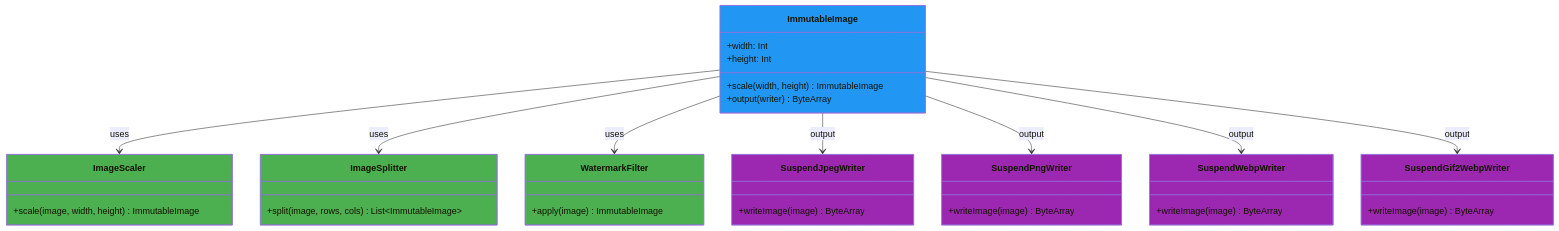
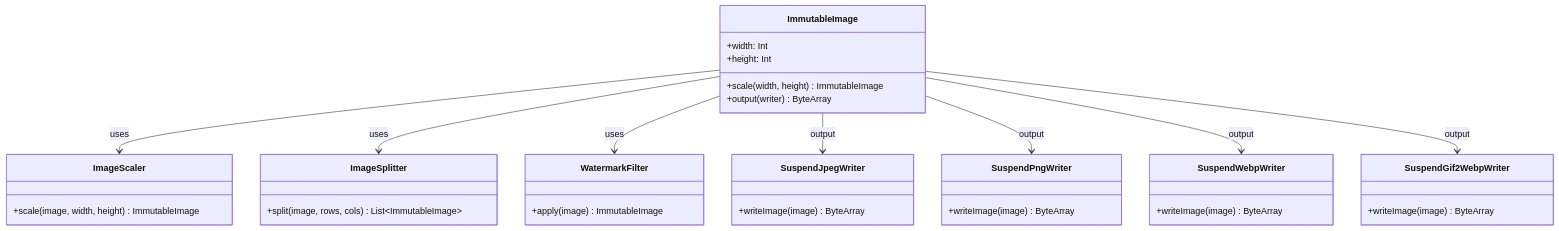
One commit to bluetape4k/bluetape4k-projects changed the second of 2 diagrams in utils/images/README.md. Above: the diagram before and after it, drawn with Mermaid. The commit also changed 95 other files, not shown here.

First line of the commit message:
docs: Mermaid 파서 오류 전체 수정 (IntelliJ IDEA 호환)

````diff
--- a/utils/images/README.md
+++ b/utils/images/README.md
@@ -54,42 +54,39 @@
 ```mermaid
 classDiagram
-    class ImmutableImage:::utilStyle {
+    class ImmutableImage {
         +width: Int
         +height: Int
         +scale(width, height) ImmutableImage
         +output(writer) ByteArray
     }
-    class ImageScaler:::serviceStyle {
+    class ImageScaler {
         +scale(image, width, height) ImmutableImage
     }
-    class ImageSplitter:::serviceStyle {
+    class ImageSplitter {
         +split(image, rows, cols) List~ImmutableImage~
     }
-    class WatermarkFilter:::serviceStyle {
+    class WatermarkFilter {
         +apply(image) ImmutableImage
     }
-    class SuspendJpegWriter:::asyncStyle {
+    class SuspendJpegWriter {
         +writeImage(image) ByteArray
     }
-    class SuspendPngWriter:::asyncStyle {
+    class SuspendPngWriter {
         +writeImage(image) ByteArray
     }
-    class SuspendWebpWriter:::asyncStyle {
+    class SuspendWebpWriter {
         +writeImage(image) ByteArray
     }
-    class SuspendGif2WebpWriter:::asyncStyle {
+    class SuspendGif2WebpWriter {
         +writeImage(image) ByteArray
     }
 
     ImmutableImage --> ImageScaler : uses
     ImmutableImage --> ImageSplitter : uses
     ImmutableImage --> WatermarkFilter : uses
     ImmutableImage --> SuspendJpegWriter : output
     ImmutableImage --> SuspendPngWriter : output
     ImmutableImage --> SuspendWebpWriter : output
     ImmutableImage --> SuspendGif2WebpWriter : output
 
-    classDef utilStyle    fill:#2196F3
-    classDef serviceStyle fill:#4CAF50
-    classDef asyncStyle   fill:#9C27B0
 ```
````
